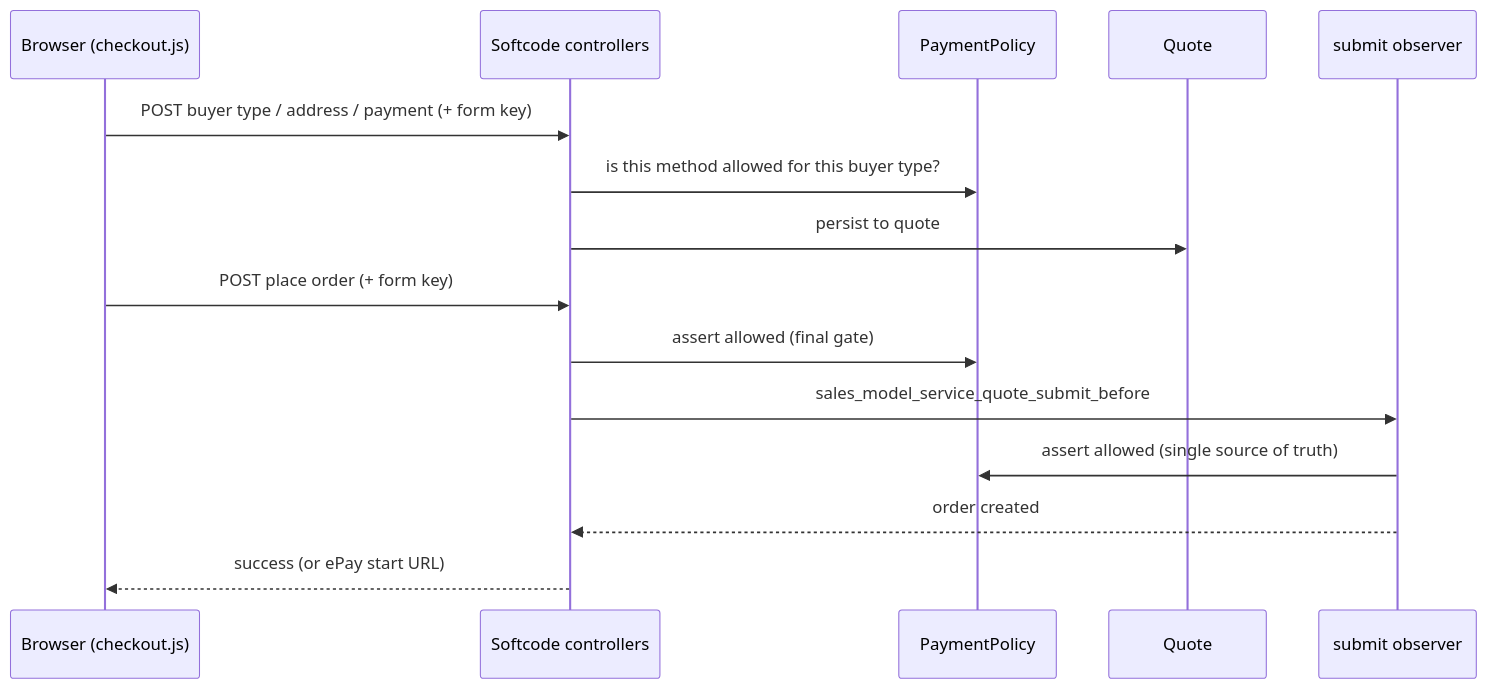
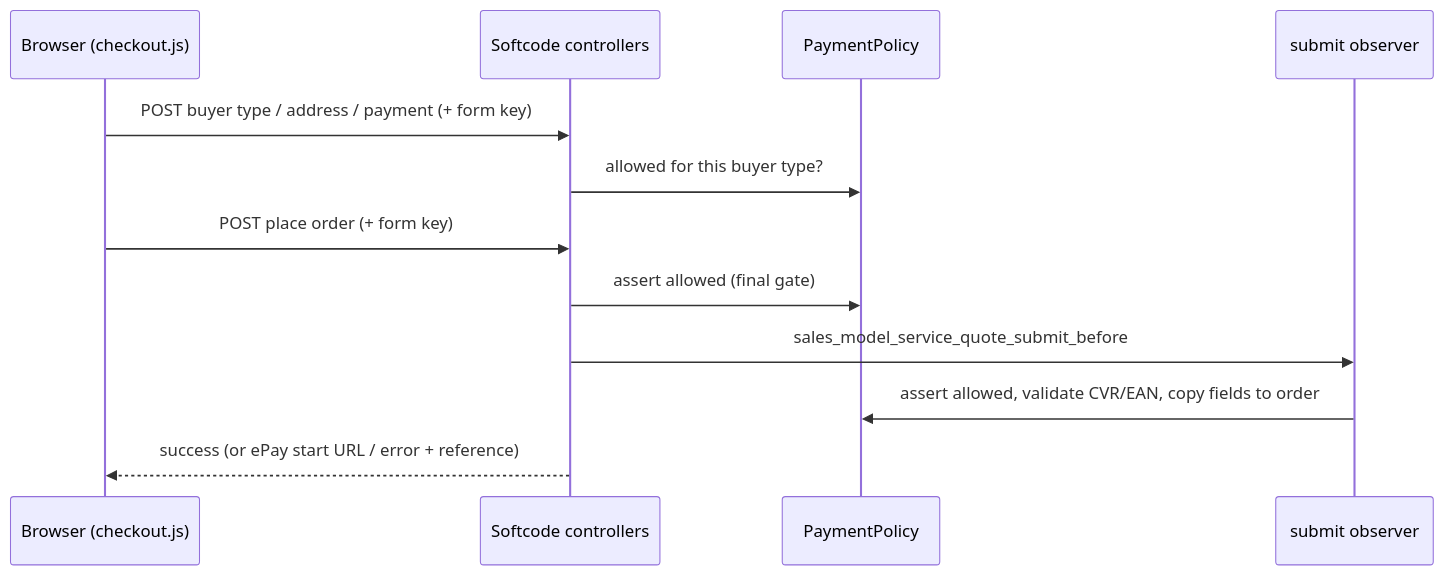
One commit to DritonCa/softcode-magento2-checkout-override changed the diagram in README.md. Above: the diagram before and after it, drawn with Mermaid. The commit also changed other lines of this file and 27 other files, not shown here.

````diff
--- a/README.md
+++ b/README.md
@@ -57,17 +109,14 @@
 ```mermaid
 sequenceDiagram
     participant B as Browser (checkout.js)
     participant C as Softcode controllers
     participant P as PaymentPolicy
-    participant Q as Quote
     participant O as submit observer
     B->>C: POST buyer type / address / payment (+ form key)
-    C->>P: is this method allowed for this buyer type?
-    C->>Q: persist to quote
+    C->>P: allowed for this buyer type?
     B->>C: POST place order (+ form key)
     C->>P: assert allowed (final gate)
     C->>O: sales_model_service_quote_submit_before
-    O->>P: assert allowed (single source of truth)
-    O-->>C: order created
-    C-->>B: success (or ePay start URL)
+    O->>P: assert allowed, validate CVR/EAN, copy fields to order
+    C-->>B: success (or ePay start URL / error + reference)
 ```
````
